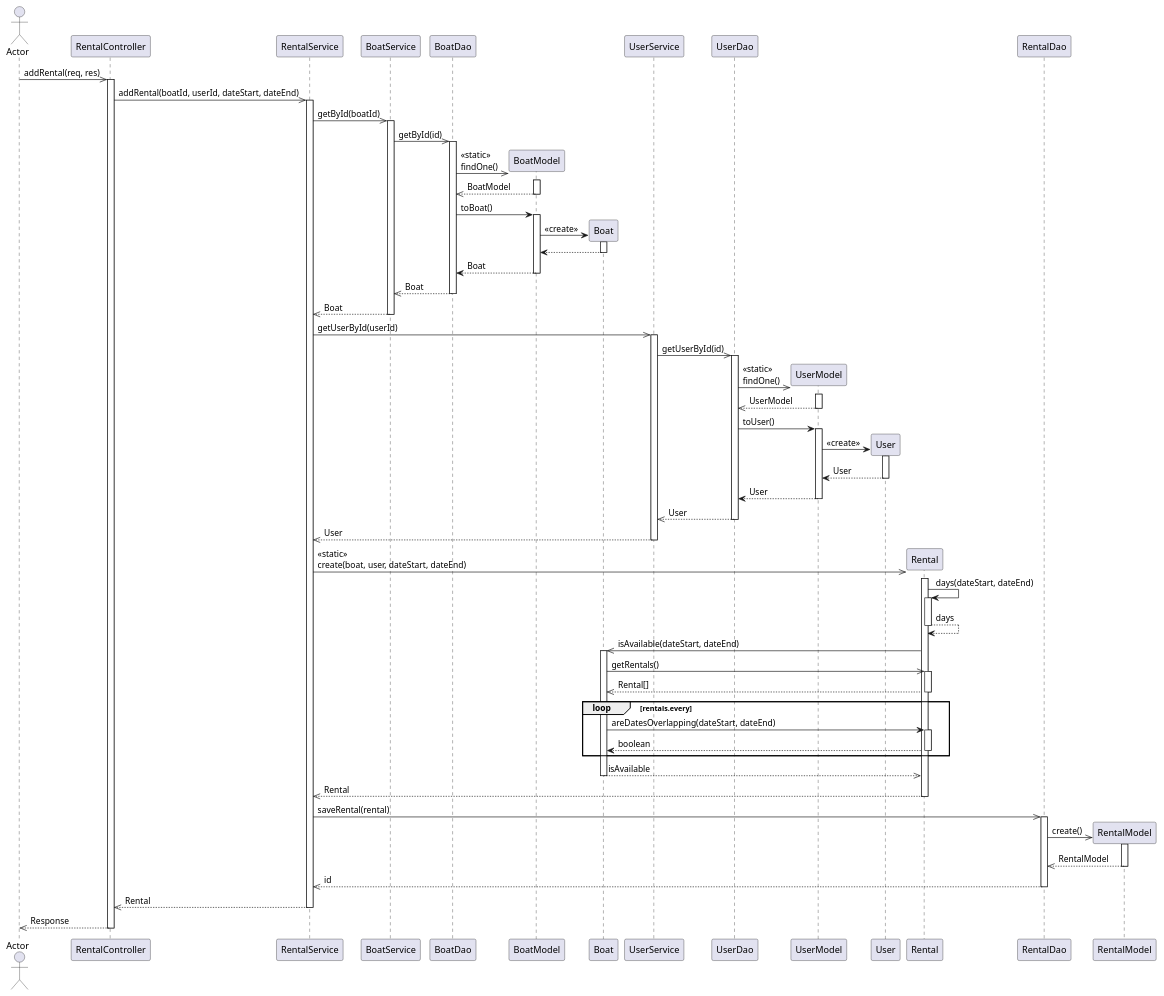
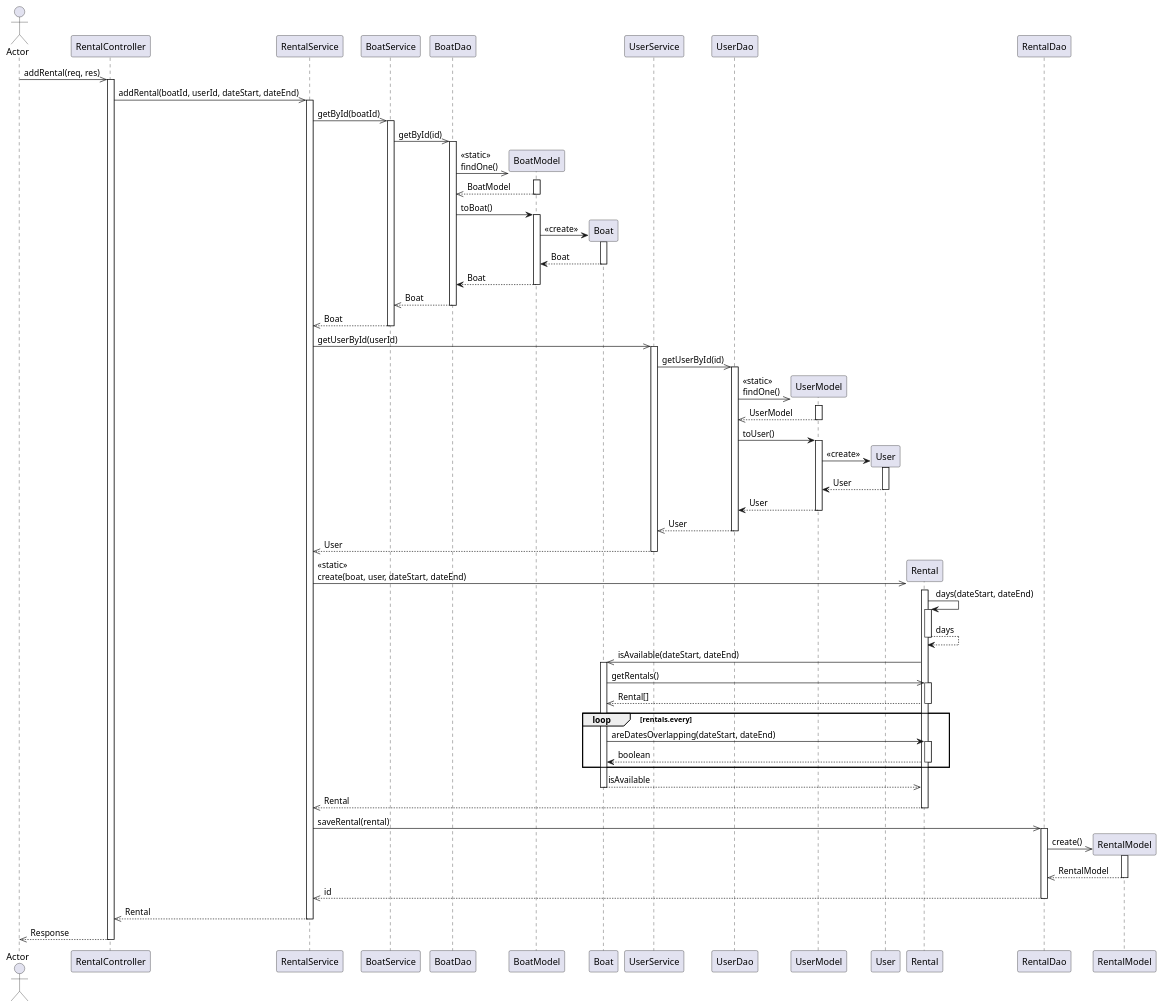
The diagram in doc/PlantUML Sequence Diagram - AddRental - Stef Korporaal.puml (Hellrespawn/angular-boat-rental), drawn with PlantUML before and after one commit. The commit also changed 1 other file, not shown here.

```diff
--- a/doc/PlantUML Sequence Diagram - AddRental - Stef Korporaal.puml
+++ b/doc/PlantUML Sequence Diagram - AddRental - Stef Korporaal.puml
@@ -1,90 +1,90 @@
 @startuml PlantUML Sequence Diagram - AddRental - Stef Korporaal
 autoactivate on
 
 actor Actor
 
 Actor ->> RentalController : addRental(req, res)
 
 RentalController ->> RentalService : addRental(boatId, userId, dateStart, dateEnd)
 
 RentalService ->> BoatService : getById(boatId)
 
 BoatService ->> BoatDao : getById(id)
 
 create BoatModel
 BoatDao ->> BoatModel : <<static>>\nfindOne()
 return BoatModel
 
 BoatDao -> BoatModel : toBoat()
 
 create Boat
 BoatModel -> Boat : <<create>>
-return
+return Boat
 
 return Boat
 
 return Boat
 
 return Boat
 
 RentalService ->> UserService : getUserById(userId)
 
 UserService ->> UserDao : getUserById(id)
 
 create UserModel
 UserDao ->> UserModel : <<static>>\nfindOne()
 
 return UserModel
 
 UserDao -> UserModel : toUser()
 
 create User
 UserModel -> User : <<create>>
 return User
 
 return User
 
 return User
 
 return User
 
 create Rental
 RentalService ->> Rental : <<static>>\ncreate(boat, user, dateStart, dateEnd)
 
 Rental -> Rental : days(dateStart, dateEnd)
 
 return days
 
 Rental ->> Boat : isAvailable(dateStart, dateEnd)
 
 Boat ->> Rental : getRentals()
 
 return Rental[]
 
 loop rentals.every
     Boat -> Rental : areDatesOverlapping(dateStart, dateEnd)
     return boolean
 end
 
 return isAvailable
 
 return Rental
 
 RentalService ->> RentalDao : saveRental(rental)
 
 create RentalModel
 RentalDao ->> RentalModel : create()
 
 return RentalModel
 
 return id
 
 return Rental
 
 return Response
 
 
 
 
 
 @enduml
```
